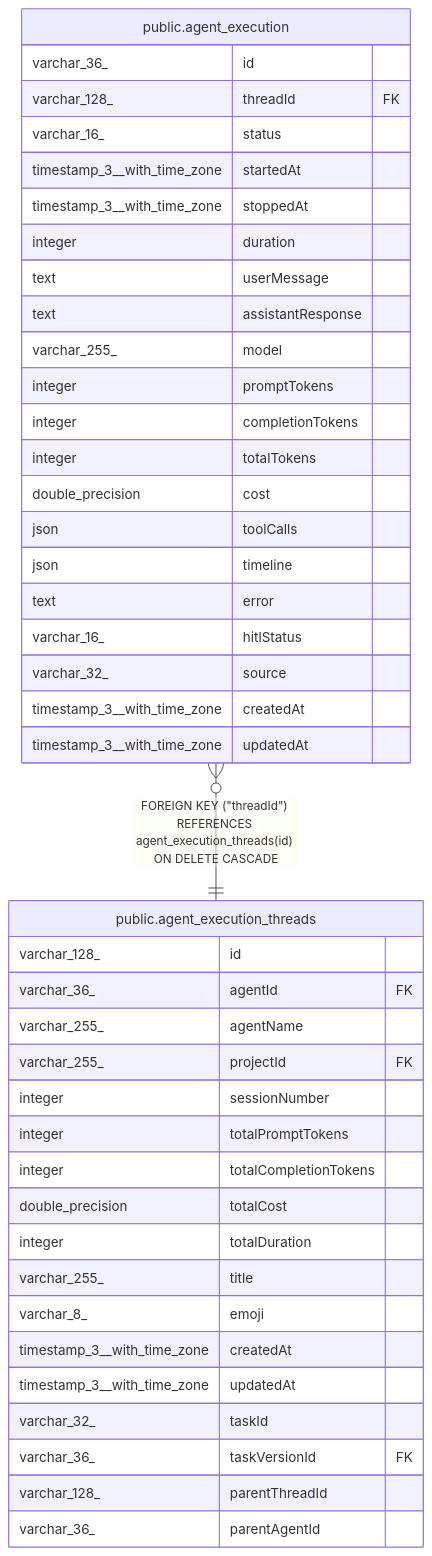
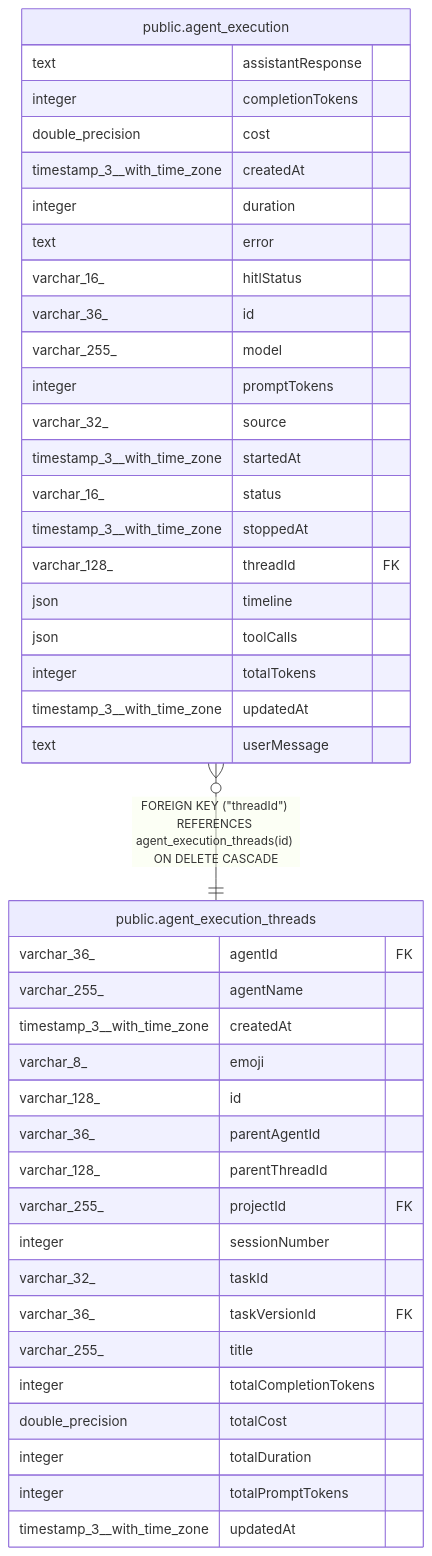
The diagram in docs/generated/postgres-schema/public.agent_execution.md (mayankjain1815-commits/n8n), drawn with Mermaid before and after one commit. The commit also changed other lines of this file and 221 other files, not shown here.

Commit message:
chore(core): Make DB schema docs generation deterministic (#32373)

````diff
--- a/docs/generated/postgres-schema/public.agent_execution.md
+++ b/docs/generated/postgres-schema/public.agent_execution.md
@@ -54,47 +54,47 @@
 ```mermaid
 erDiagram
 
 "public.agent_execution" }o--|| "public.agent_execution_threads" : "FOREIGN KEY (#quot;threadId#quot;) REFERENCES agent_execution_threads(id) ON DELETE CASCADE"
 
 "public.agent_execution" {
+  text assistantResponse
+  integer completionTokens
+  double_precision cost
+  timestamp_3__with_time_zone createdAt
+  integer duration
+  text error
+  varchar_16_ hitlStatus
   varchar_36_ id
-  varchar_128_ threadId FK
-  varchar_16_ status
-  timestamp_3__with_time_zone startedAt
-  timestamp_3__with_time_zone stoppedAt
-  integer duration
-  text userMessage
-  text assistantResponse
   varchar_255_ model
   integer promptTokens
-  integer completionTokens
+  varchar_32_ source
+  timestamp_3__with_time_zone startedAt
+  varchar_16_ status
+  timestamp_3__with_time_zone stoppedAt
+  varchar_128_ threadId FK
+  json timeline
+  json toolCalls
   integer totalTokens
-  double_precision cost
-  json toolCalls
-  json timeline
-  text error
-  varchar_16_ hitlStatus
-  varchar_32_ source
-  timestamp_3__with_time_zone createdAt
   timestamp_3__with_time_zone updatedAt
+  text userMessage
 }
 "public.agent_execution_threads" {
-  varchar_128_ id
   varchar_36_ agentId FK
   varchar_255_ agentName
+  timestamp_3__with_time_zone createdAt
+  varchar_8_ emoji
+  varchar_128_ id
+  varchar_36_ parentAgentId
+  varchar_128_ parentThreadId
   varchar_255_ projectId FK
   integer sessionNumber
-  integer totalPromptTokens
+  varchar_32_ taskId
+  varchar_36_ taskVersionId FK
+  varchar_255_ title
   integer totalCompletionTokens
   double_precision totalCost
   integer totalDuration
-  varchar_255_ title
-  varchar_8_ emoji
-  timestamp_3__with_time_zone createdAt
+  integer totalPromptTokens
   timestamp_3__with_time_zone updatedAt
-  varchar_32_ taskId
-  varchar_36_ taskVersionId FK
-  varchar_128_ parentThreadId
-  varchar_36_ parentAgentId
 }
 ```
````
